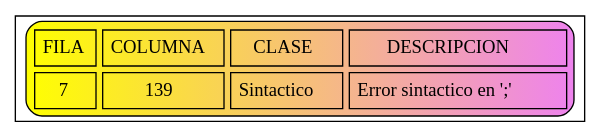
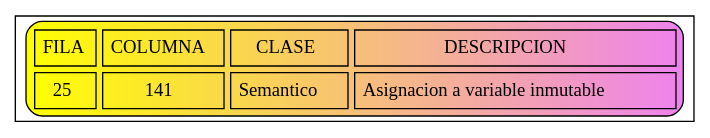
Before and after one commit to JoseMore99/OLC2_P1_201701015: the diagram in Errores.dot, drawn with Graphviz. The commit also changed 12 other files, not shown here.

```diff
--- a/Errores.dot
+++ b/Errores.dot
@@ -1,7 +1,7 @@
 digraph G{
 node [shape=record];
 a0 [label=<<TABLE border="1" cellspacing="5" cellpadding="5" style="rounded" bgcolor="yellow:violet">
 "<TR><TD>FILA</TD><TD>COLUMNA</TD><TD>CLASE</TD><TD>DESCRIPCION</TD></TR>
-<TR><TD>7</TD><TD>139</TD><TD>Sintactico</TD><TD>Error sintactico en ';'</TD></TR>
+<TR><TD>25</TD><TD>141</TD><TD>Semantico</TD><TD>Asignacion a variable inmutable</TD></TR>
 </TABLE>>];
 }
```
